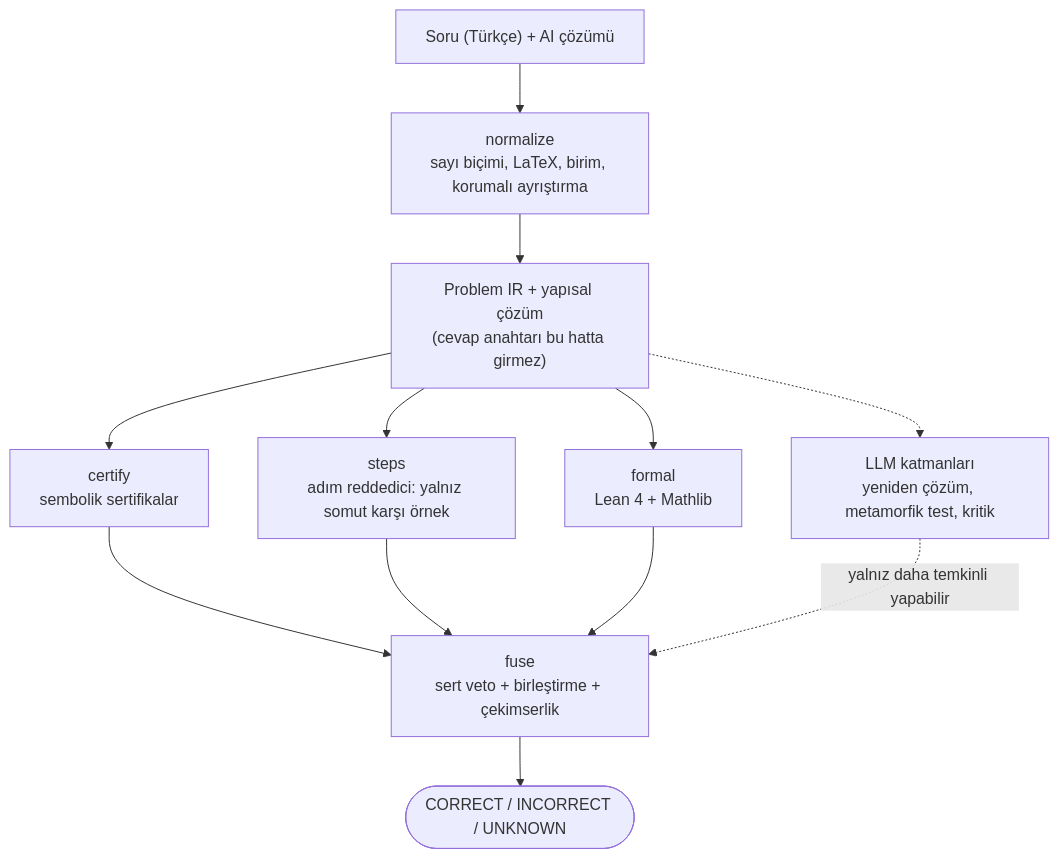
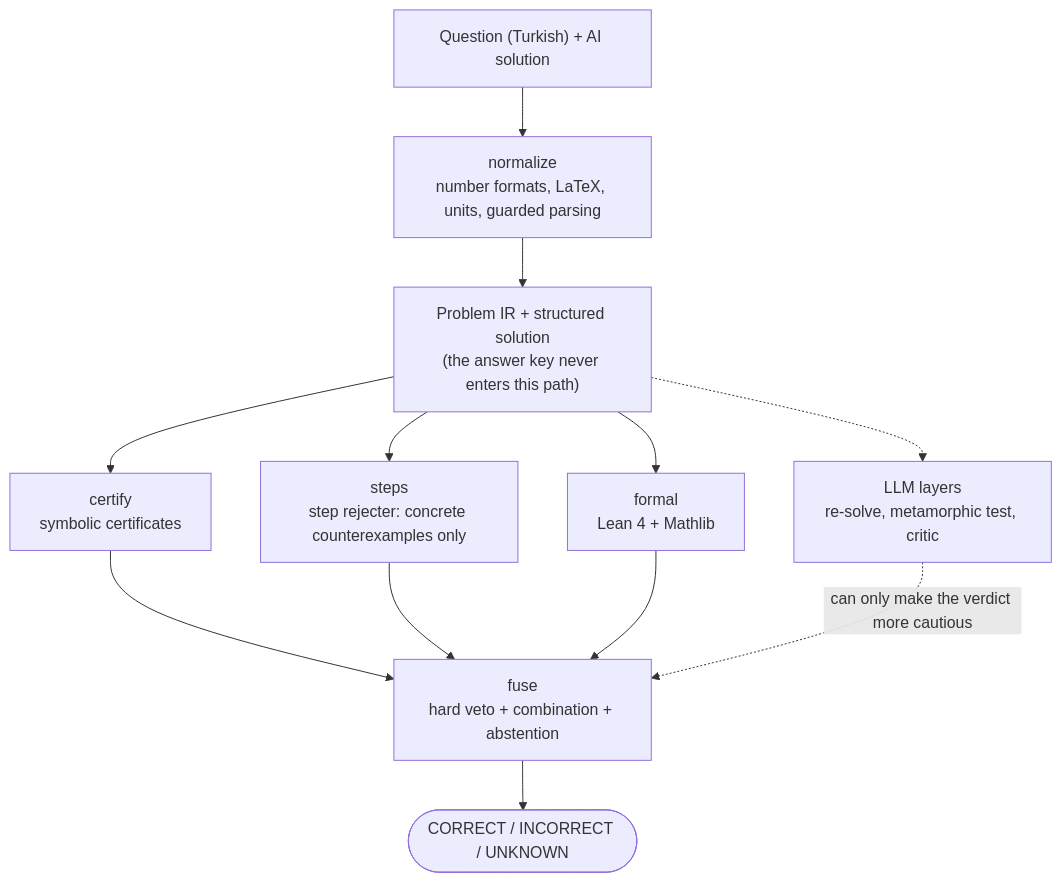
The diagram in README.md (wqedwad/mathverify), drawn with Mermaid before and after one commit. The commit also changed other lines of this file and 5 other files, not shown here.

````diff
--- a/README.md
+++ b/README.md
@@ -73,14 +74,14 @@
 ```mermaid
 flowchart TD
-    Q["Soru (Türkçe) + AI çözümü"] --> N["normalize<br/>sayı biçimi, LaTeX, birim, korumalı ayrıştırma"]
-    N --> IR["Problem IR + yapısal çözüm<br/>(cevap anahtarı bu hatta girmez)"]
-    IR --> C["certify<br/>sembolik sertifikalar"]
-    IR --> S["steps<br/>adım reddedici: yalnız somut karşı örnek"]
+    Q["Question (Turkish) + AI solution"] --> N["normalize<br/>number formats, LaTeX, units, guarded parsing"]
+    N --> IR["Problem IR + structured solution<br/>(the answer key never enters this path)"]
+    IR --> C["certify<br/>symbolic certificates"]
+    IR --> S["steps<br/>step rejecter: concrete counterexamples only"]
     IR --> L["formal<br/>Lean 4 + Mathlib"]
-    IR -.-> M["LLM katmanları<br/>yeniden çözüm, metamorfik test, kritik"]
-    C --> F["fuse<br/>sert veto + birleştirme + çekimserlik"]
+    IR -.-> M["LLM layers<br/>re-solve, metamorphic test, critic"]
+    C --> F["fuse<br/>hard veto + combination + abstention"]
     S --> F
     L --> F
-    M -.->|"yalnız daha temkinli yapabilir"| F
+    M -.->|"can only make the verdict more cautious"| F
     F --> V(["CORRECT / INCORRECT / UNKNOWN"])
 ```
````
